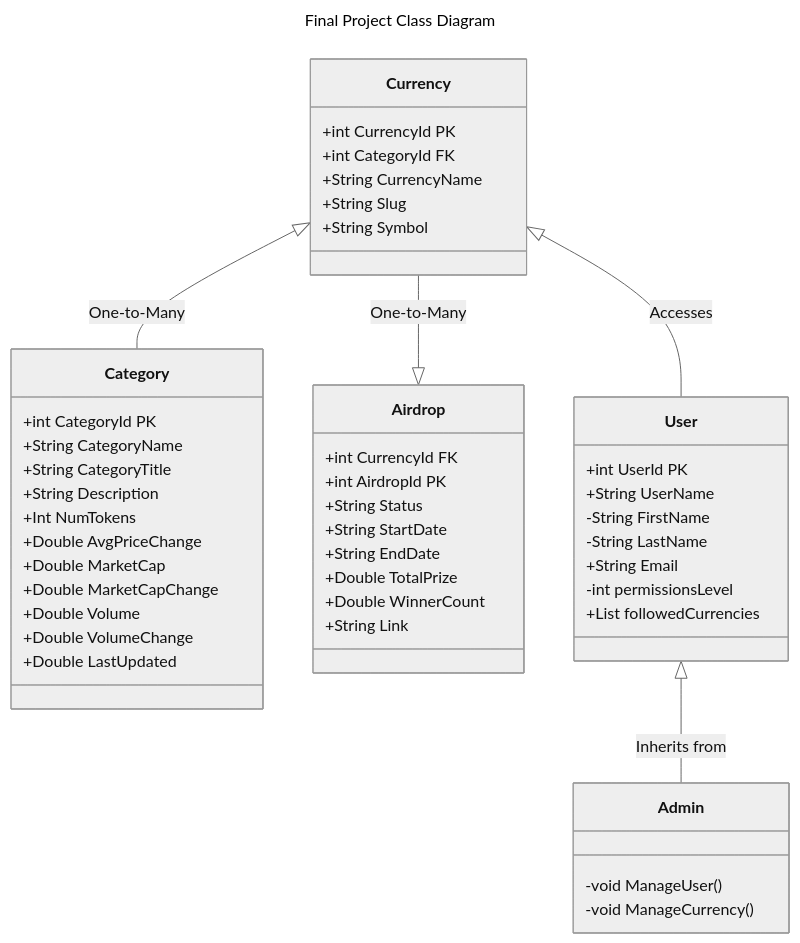
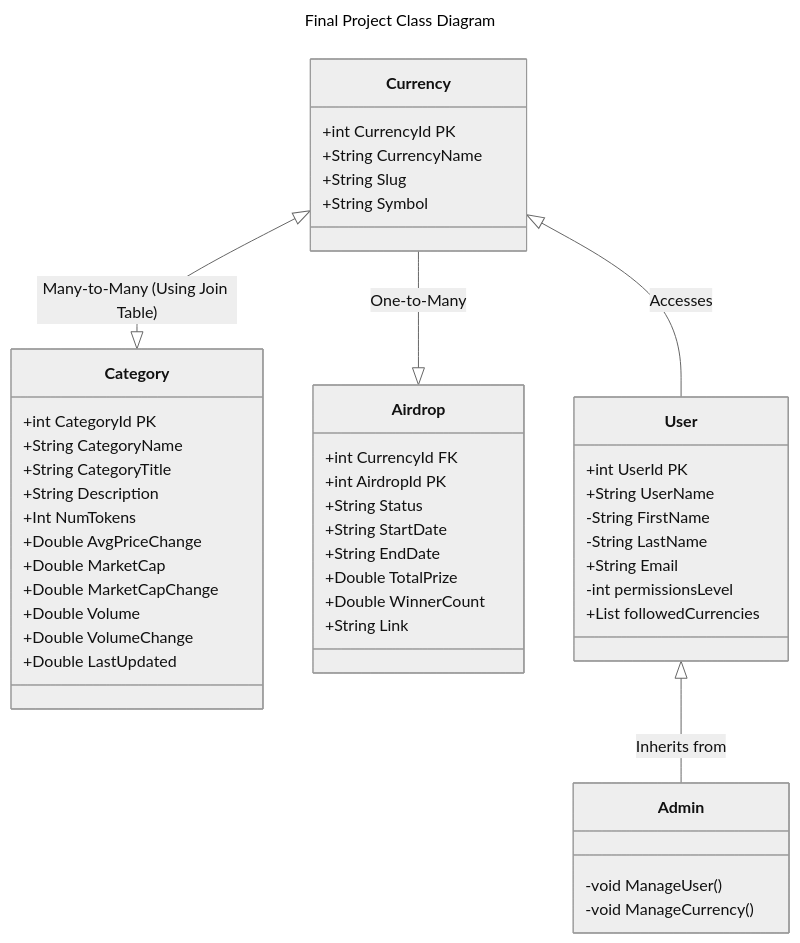
Before and after one commit to GrantRynders/ASPdemo: the diagram in README.md, drawn with Mermaid (neutral theme).

Commit message:
Update README.md again

````diff
--- a/README.md
+++ b/README.md
@@ -1,53 +1,52 @@
 ```mermaid
 ---
 title: Final Project Class Diagram
 ---
 classDiagram
-    Currency <|-- Category : One-to-Many
+    Currency <|--|> Category : Many-to-Many (Using Join Table)
     Currency --|> Airdrop : One-to-Many
     Currency <|-- User : Accesses
     User <|-- Admin : Inherits from
     class Currency{
         +int CurrencyId PK
-        +int CategoryId FK
         +String CurrencyName
         +String Slug
         +String Symbol
     }
     class Category{
         +int CategoryId PK
         +String CategoryName
         +String CategoryTitle
         +String Description
         +Int NumTokens
         +Double AvgPriceChange
         +Double MarketCap
         +Double MarketCapChange
         +Double Volume
         +Double VolumeChange
         +Double LastUpdated
     }
     class Airdrop{
         +int CurrencyId FK
         +int AirdropId PK
         +String Status
         +String StartDate
         +String EndDate
         +Double TotalPrize 
         +Double WinnerCount
         +String Link
     }
     class User{
         +int UserId PK
         +String UserName
         -String FirstName
         -String LastName
         +String Email
         -int permissionsLevel
         +List<Currency> followedCurrencies
     }
     class Admin{
         -void ManageUser()
         -void ManageCurrency()
     }
 ```
````
